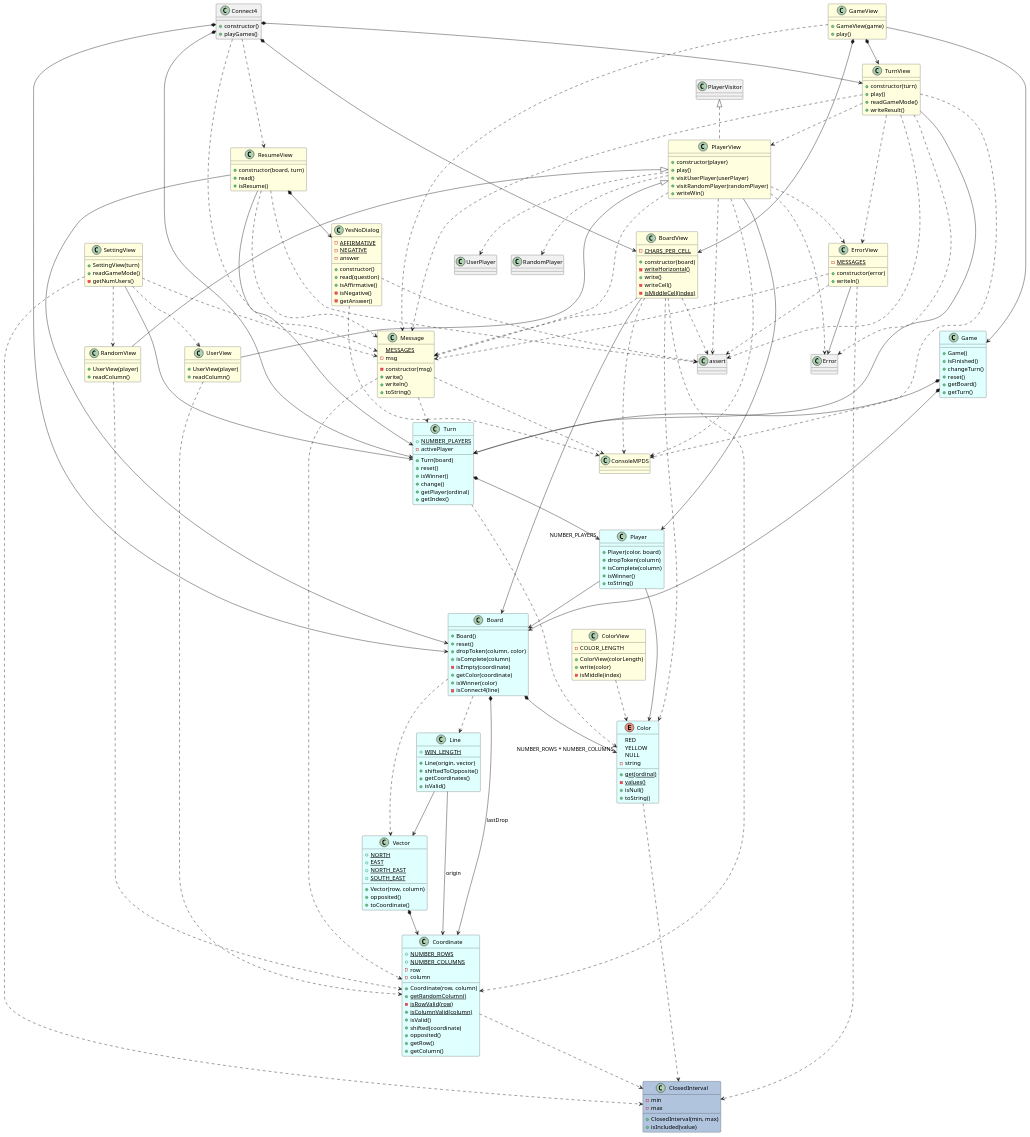
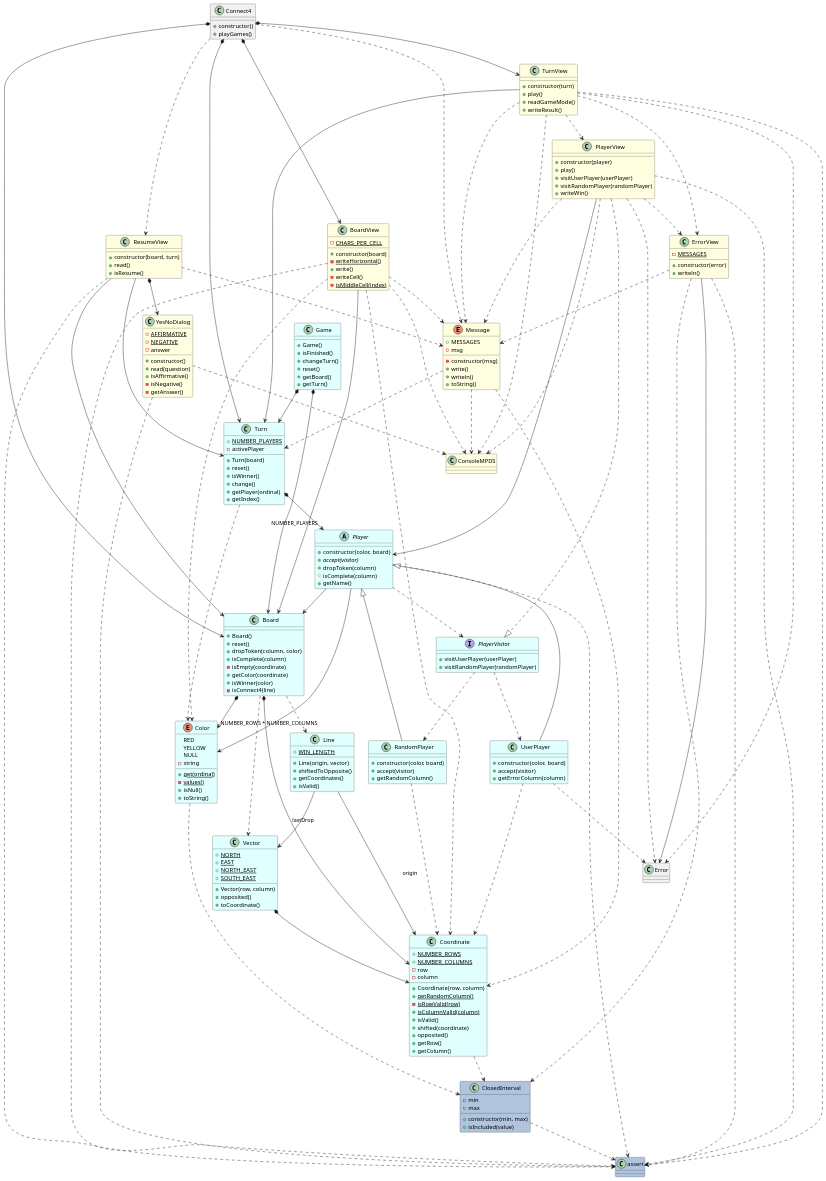
The diagram in docs/dev-resume/src/analysis.plantuml (PabloMartinFluvia/myGame-connect4), drawn with PlantUML before and after one commit. The commit also changed 8 other files, not shown here.

```diff
--- a/docs/dev-resume/src/analysis.plantuml
+++ b/docs/dev-resume/src/analysis.plantuml
@@ -1,4 +1,6 @@
 @startuml analysis
+
+'' app
 
 class Connect4 {
     
@@ -11,6 +13,8 @@
 Connect4 *--> TurnView
 Connect4 ..> ResumeView
 Connect4 ..> Message
+
+'' views
 
 class YesNoDialog #LightYellow {
     - {static} AFFIRMATIVE
@@ -49,10 +53,8 @@
     + visitRandomPlayer(randomPlayer)
     + writeWin()
 }
-PlayerVisitor <|.. PlayerView
+PlayerVisitor <|.up. PlayerView
 PlayerView --> Player
-PlayerView ..> UserPlayer
-PlayerView ..> RandomPlayer
 PlayerView ..> Error
 PlayerView ..> ErrorView
 PlayerView ..> Message
@@ -82,8 +84,8 @@
 ResumeView ..> Message
 ResumeView ..> assert
 
-class Message #LightYellow {
-    {static} MESSAGES
+enum Message #LightYellow {
+    + MESSAGES
     - msg
 
     - constructor(msg)
@@ -114,59 +116,65 @@
 BoardView ..> assert
 
 
+'' utils
 
-class GameView #LightYellow {
+class ClosedInterval #LightSteelBlue {
+    - min
+    - max
 
-    + GameView(game)
-    + play()
+    + constructor(min, max)
+    + isIncluded(value)
 }
-GameView --> Game
-GameView *--> BoardView
-GameView *--> TurnView
-GameView ..> Message
+ClosedInterval ..> assert
+
+class assert #LightSteelBlue
+
+'' models
+
+abstract class Player #LightCyan {
+
+    + constructor(color, board)
+    + {abstract} accept(visitor)
+    + dropToken(column)    
+    # isComplete(column)    
+    + getName()    
+}
+Player --> Color
+Player --> Board
+Player ..> PlayerVisitor
+Player ..> assert
+
+class UserPlayer #LightCyan {
+
+    + constructor(color, board)
+    + accept(visitor)
+    + getErrorColumn(column)
+}
+Player <|-- UserPlayer
+UserPlayer ..> Coordinate
+UserPlayer ..> Error
+
+class RandomPlayer #LightCyan {
+
+    + constructor(color, board)
+    + accept(visitor)
+    + getRandomColumn()
+}
+Player <|-- RandomPlayer
+RandomPlayer ..> Coordinate
+
+interface PlayerVisitor #LightCyan {
+
+    + visitUserPlayer(userPlayer)
+    + visitRandomPlayer(randomPlayer)
+}
+PlayerVisitor ..> UserPlayer
+PlayerVisitor ..> RandomPlayer
 
 
 
-class ColorView #LightYellow {
-    - COLOR_LENGTH
-
-    + ColorView(colorLength)
-    + write(color)
-    - isMiddle(index)
-}
-ColorView ..> Color
 
 
-
-class SettingView #LightYellow {
-
-    + SettingView(turn)
-    + readGameMode()
-    - getNumUsers()
-}
-SettingView --> Turn
-SettingView ..> Message
-SettingView ..> ClosedInterval
-SettingView ..> UserView
-SettingView ..> RandomView
-
-
-
-class UserView #LightYellow {
-
-    + UserView(player)
-    + readColumn()
-}
-PlayerView <|-- UserView
-UserView ..> Coordinate
-
-class RandomView #LightYellow {
-
-    + UserView(player)
-    + readColumn()
-}
-PlayerView <|-- RandomView
-RandomView ..> Coordinate
 
 
 
@@ -196,16 +204,7 @@
 Turn *--> "NUMBER_PLAYERS" Player
 Turn ..> Color
 
-class Player #LightCyan {
 
-    + Player(color, board)
-    + dropToken(column)
-    + isComplete(column)
-    + isWinner()
-    + toString()
-}
-Player --> Color
-Player --> Board
 
 class Board #LightCyan {
 
@@ -277,12 +276,6 @@
 }
 Color ..> ClosedInterval
 
-class ClosedInterval #LightSteelBlue {
-    - min
-    - max
 
-    + ClosedInterval(min, max)
-    + isIncluded(value)
-}
 
 @enduml
```
